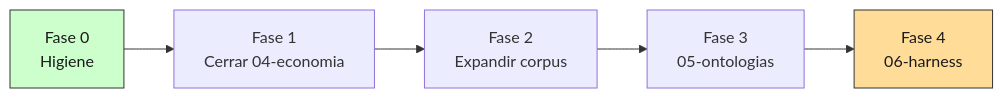
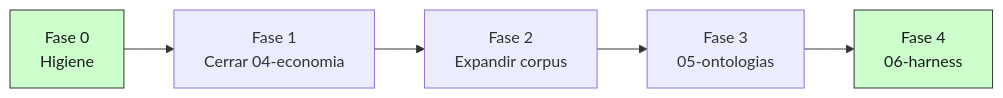
Before and after one commit to Alonsomar/estudio-personal: the diagram in BACKLOG.md, drawn with Mermaid. The commit also changed other lines of this file and 5 other files, not shown here.

````diff
--- a/BACKLOG.md
+++ b/BACKLOG.md
@@ -30,10 +33,10 @@
 ```mermaid
 graph LR
     F0["Fase 0<br/>Higiene"] --> F1["Fase 1<br/>Cerrar 04-economia"]
     F1 --> F2["Fase 2<br/>Expandir corpus"]
     F2 --> F3["Fase 3<br/>05-ontologias"]
     F3 --> F4["Fase 4<br/>06-harness"]
 
     style F0 fill:#cfc,stroke:#333,color:#1a1a1a
-    style F4 fill:#fd9,stroke:#333,color:#1a1a1a
+    style F4 fill:#cfc,stroke:#333,color:#1a1a1a
 ```
````
